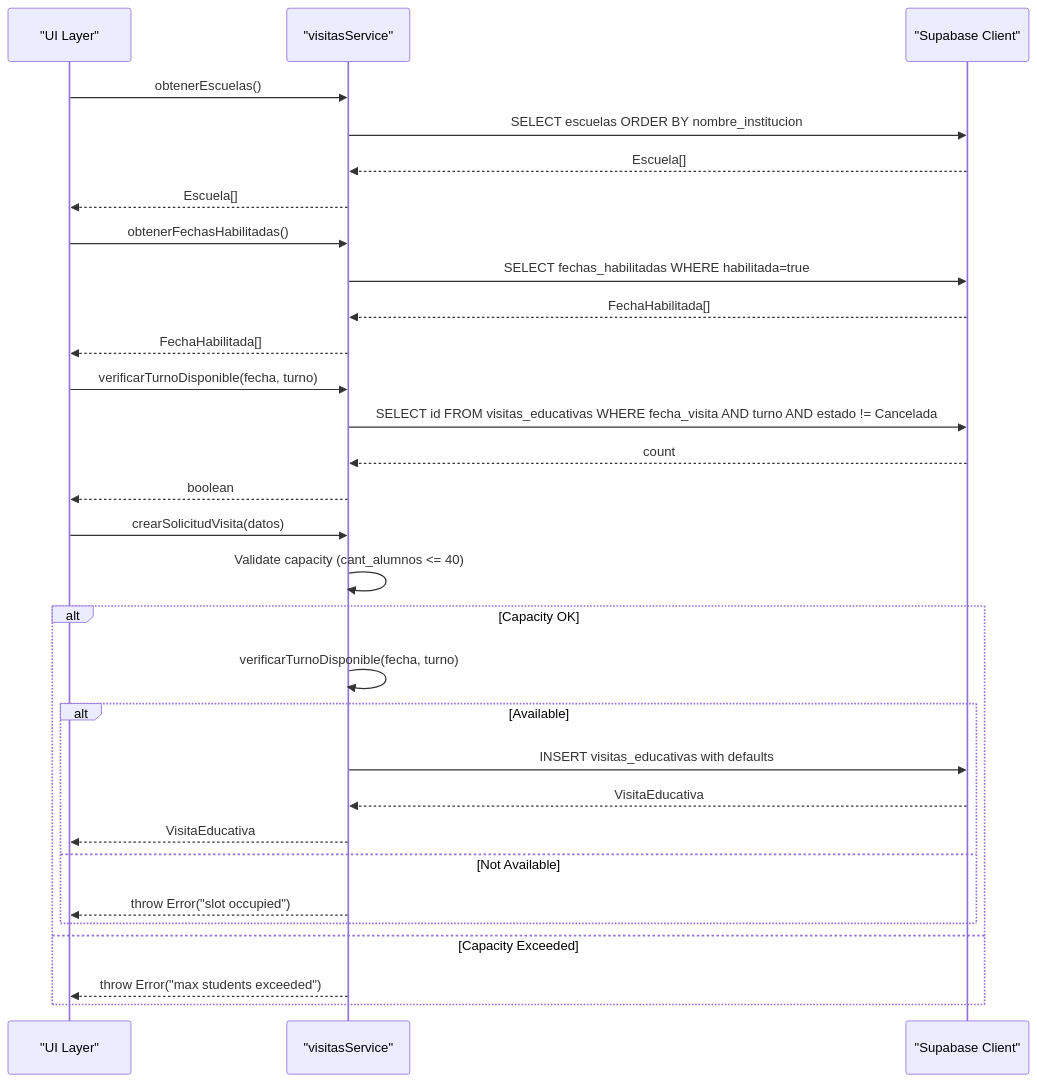
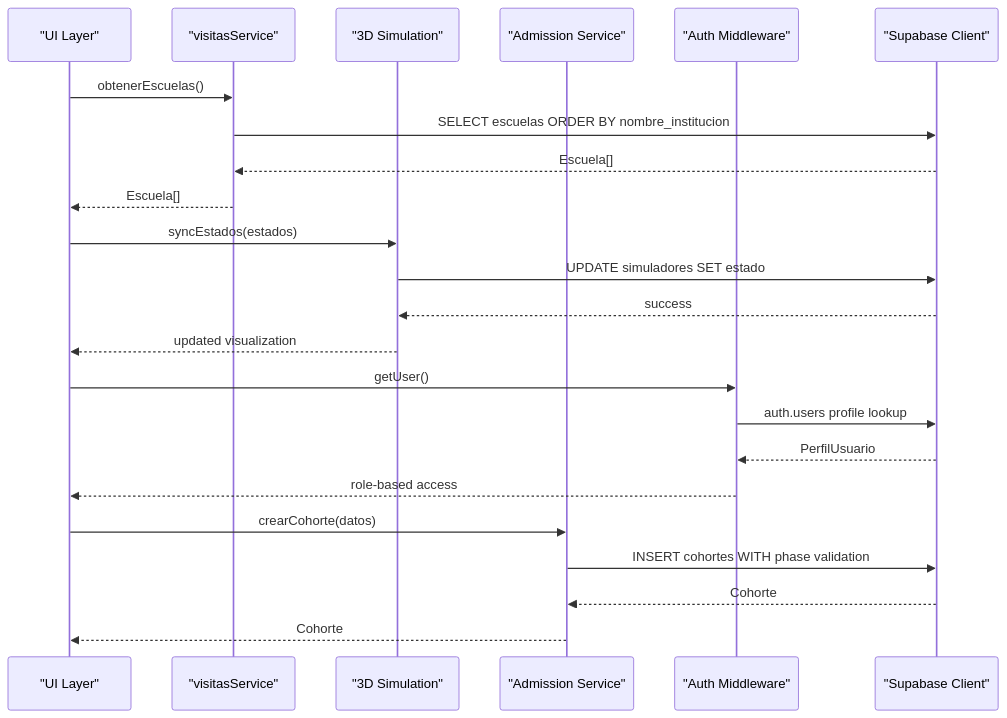
Before and after one commit to AgusCatra/simu-twin-web: the second of 5 diagrams in .qoder/repowiki/en/content/Core Services & Business Logic/Core Services & Business Logic.md, drawn with Mermaid. The commit also changed other lines of this file and 27 other files, not shown here.

````diff
--- a/.qoder/repowiki/en/content/Core Services & Business Logic/Core Services & Business Logic.md
+++ b/.qoder/repowiki/en/content/Core Services & Business Logic/Core Services & Business Logic.md
@@ -122,32 +159,25 @@
 ```mermaid
 sequenceDiagram
 participant UI as "UI Layer"
 participant SVC as "visitasService"
+participant SIM as "3D Simulation"
+participant ADM as "Admission Service"
+participant AUTH as "Auth Middleware"
 participant DB as "Supabase Client"
 UI->>SVC : obtenerEscuelas()
 SVC->>DB : SELECT escuelas ORDER BY nombre_institucion
 DB-->>SVC : Escuela[]
 SVC-->>UI : Escuela[]
-UI->>SVC : obtenerFechasHabilitadas()
-SVC->>DB : SELECT fechas_habilitadas WHERE habilitada=true
-DB-->>SVC : FechaHabilitada[]
-SVC-->>UI : FechaHabilitada[]
-UI->>SVC : verificarTurnoDisponible(fecha, turno)
-SVC->>DB : SELECT id FROM visitas_educativas WHERE fecha_visita AND turno AND estado != Cancelada
-DB-->>SVC : count
-SVC-->>UI : boolean
-UI->>SVC : crearSolicitudVisita(datos)
-SVC->>SVC : Validate capacity (cant_alumnos <= 40)
-alt Capacity OK
-SVC->>SVC : verificarTurnoDisponible(fecha, turno)
-alt Available
-SVC->>DB : INSERT visitas_educativas with defaults
-DB-->>SVC : VisitaEducativa
-SVC-->>UI : VisitaEducativa
-else Not Available
-SVC-->>UI : throw Error("slot occupied")
-end
-else Capacity Exceeded
-SVC-->>UI : throw Error("max students exceeded")
-end
+UI->>SIM : syncEstados(estados)
+SIM->>DB : UPDATE simuladores SET estado
+DB-->>SIM : success
+SIM-->>UI : updated visualization
+UI->>AUTH : getUser()
+AUTH->>DB : auth.users profile lookup
+DB-->>AUTH : PerfilUsuario
+AUTH-->>UI : role-based access
+UI->>ADM : crearCohorte(datos)
+ADM->>DB : INSERT cohortes WITH phase validation
+DB-->>ADM : Cohorte
+ADM-->>UI : Cohorte
 ```
````
